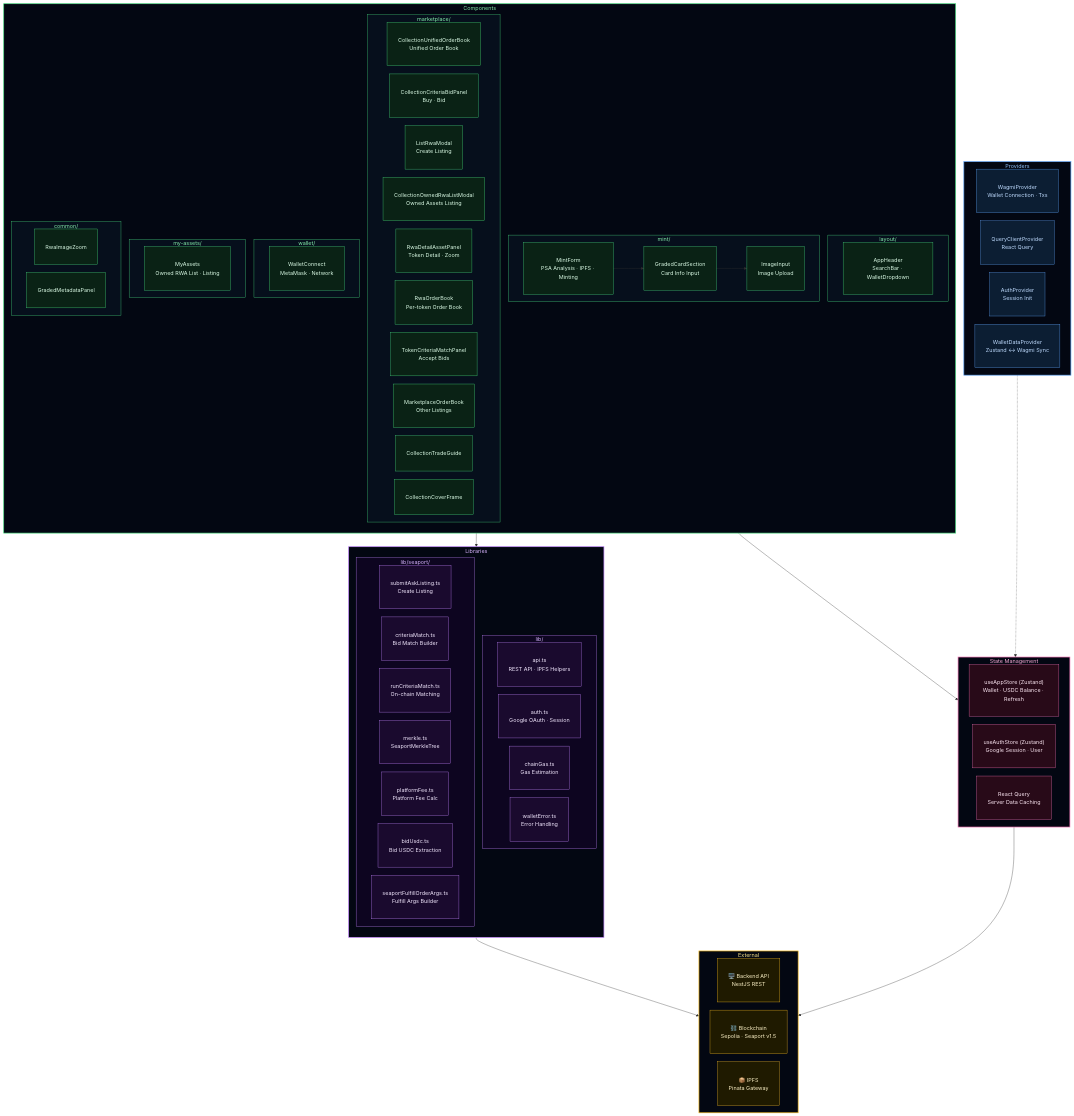
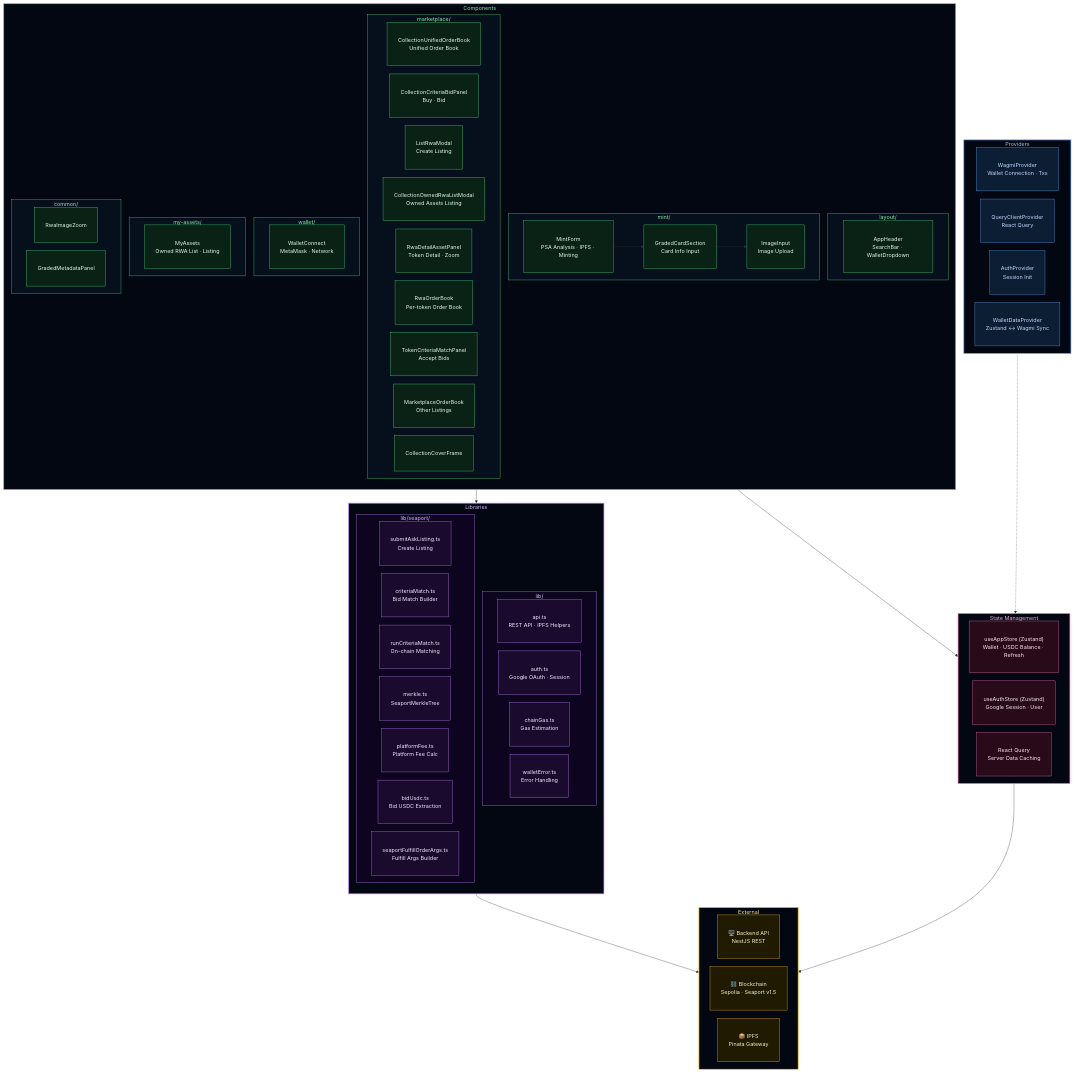
The seventh of 11 diagrams in docs/diagrams/marketplace-lifecycle.en.md (tokenable-dev/tokenable-dev), drawn with Mermaid before and after one commit. The commit also changed 21 other files, not shown here.

```diff
--- a/docs/diagrams/marketplace-lifecycle.en.md
+++ b/docs/diagrams/marketplace-lifecycle.en.md
@@ -442,7 +442,6 @@
             ORDERBOOK["RwaOrderBook<br/>Per-token Order Book"]:::comp
             MATCHPANEL["TokenCriteriaMatchPanel<br/>Accept Bids"]:::comp
             MKTBOOK["MarketplaceOrderBook<br/>Other Listings"]:::comp
-            TRADEGUIDE["CollectionTradeGuide"]:::comp
             COVERFRAME["CollectionCoverFrame"]:::comp
         end
 
```
